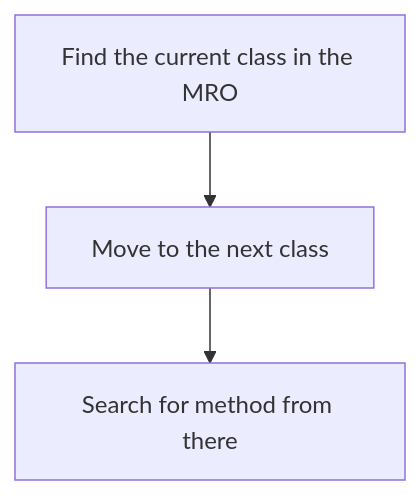
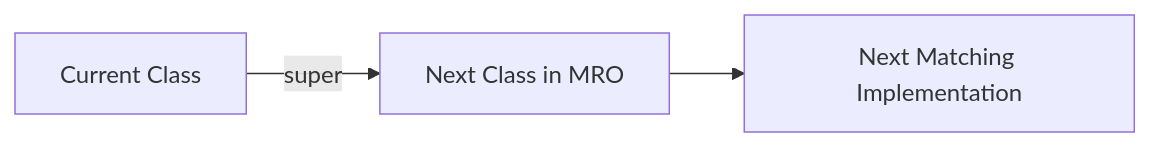
One commit to AvadhBhalodiya/Interview-Preparation changed the second of 6 diagrams in src/content/python/oop-inheritance-mro-super.md. Above: the diagram before and after it, drawn with Mermaid. The commit also changed other lines of this file and 80 other files, not shown here.

````diff
--- a/src/content/python/oop-inheritance-mro-super.md
+++ b/src/content/python/oop-inheritance-mro-super.md
@@ -189,5 +289,5 @@
 ```mermaid
-flowchart TD
-    A[Find the current class in the MRO] --> B[Move to the next class]
-    B --> C[Search for method from there]
+flowchart LR
+    A[Current Class] -->|super| B[Next Class in MRO]
+    B --> C[Next Matching Implementation]
 ```
````
